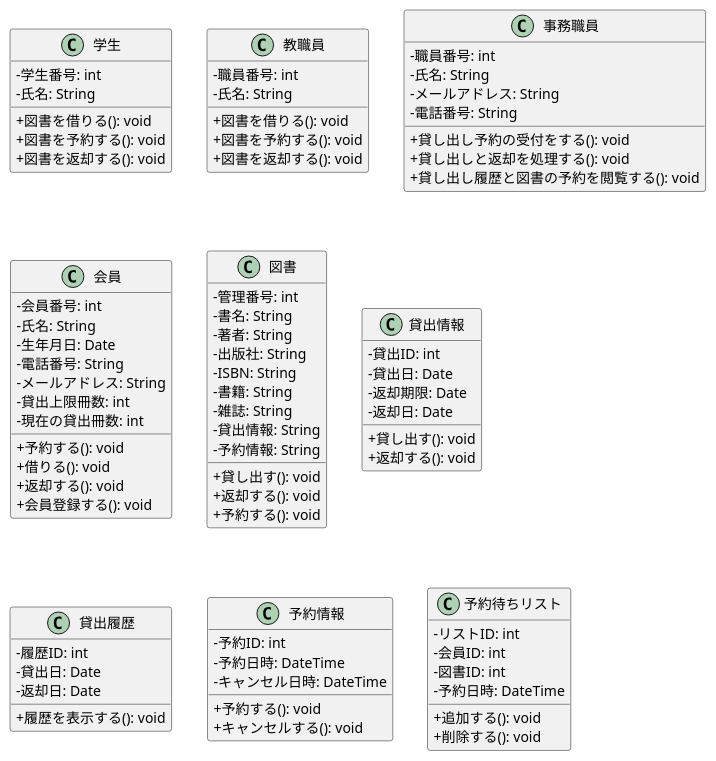
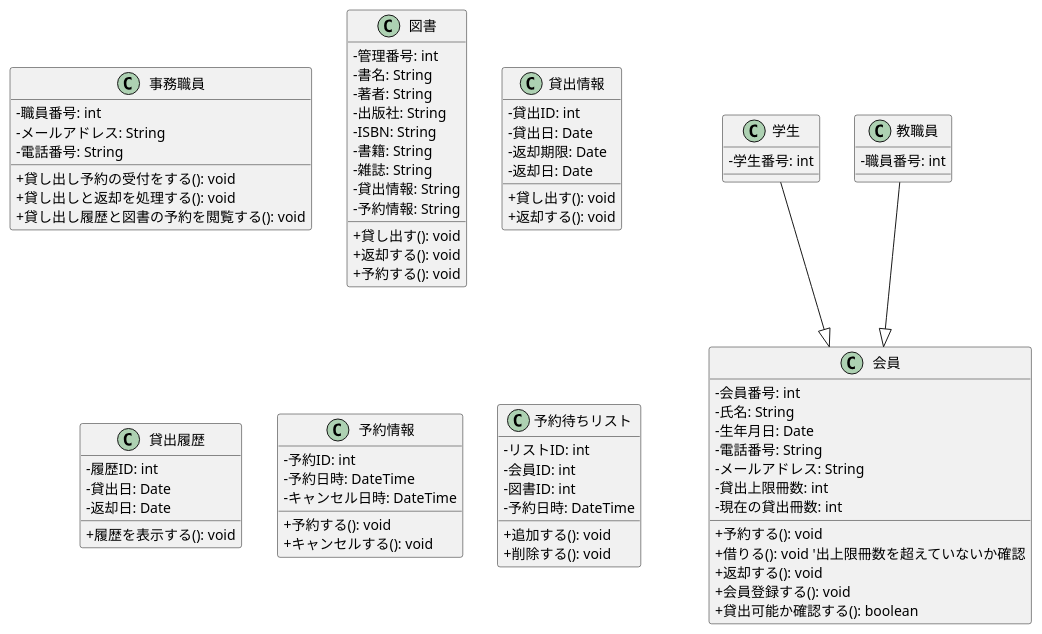
Before and after one commit to mameiku/group3-4-No.2: the diagram in class.pu, drawn with PlantUML.

Commit message:
更新

```diff
--- a/class.pu
+++ b/class.pu
@@ -1,107 +1,100 @@
 @startuml 大原情報科学大学・図書館システムクラス図
 skinparam handwritten false
 skinparam classAttributeIconSize 0
 
 ' ====================================================================
 ' 1. クラス定義 (Core Entities)
 ' ====================================================================
-
-class 学生 {
-- 学生番号: int
-- 氏名: String
-
-+ 図書を借りる(): void
-+ 図書を予約する(): void
-+ 図書を返却する(): void
-}
-
-class 教職員 {
-- 職員番号: int
-- 氏名: String
-
-+ 図書を借りる(): void
-+ 図書を予約する(): void
-+ 図書を返却する(): void
-}
-
-class 事務職員 {
--職員番号: int
--氏名: String
--メールアドレス: String
--電話番号: String
-    
-+貸し出し予約の受付をする(): void
-+貸し出しと返却を処理する(): void
-+貸し出し履歴と図書の予約を閲覧する(): void
-}
 
 class 会員 {
  -会員番号: int
  -氏名: String
  -生年月日: Date
  -電話番号: String
  -メールアドレス: String
  -貸出上限冊数: int
  -現在の貸出冊数: int
 
  +予約する(): void
- +借りる(): void
+ +借りる(): void '出上限冊数を超えていないか確認
  +返却する(): void
  +会員登録する(): void
+ +貸出可能か確認する(): boolean
+}
 
+
+class 学生 {
+- 学生番号: int
 }
+学生 --|> 会員
+
+class 教職員 {
+- 職員番号: int
+}
+教職員 --|> 会員
+
+class 事務職員 {
+-職員番号: int
+-メールアドレス: String
+-電話番号: String
+    
++貸し出し予約の受付をする(): void
++貸し出しと返却を処理する(): void
++貸し出し履歴と図書の予約を閲覧する(): void
+}
+
 
 class 図書 {
  -管理番号: int
  -書名: String
  -著者: String
  -出版社: String
  -ISBN: String
  -書籍: String
  -雑誌: String
  -貸出情報: String
  -予約情報: String
 
  +貸し出す(): void
  +返却する(): void
  +予約する(): void
 }
 
 class 貸出情報 {
  -貸出ID: int
  -貸出日: Date
  -返却期限: Date
  -返却日: Date
 
  +貸し出す(): void
  +返却する(): void
 }
 
 class 貸出履歴 {
  -履歴ID: int
  -貸出日: Date
  -返却日: Date
 
  +履歴を表示する(): void
 }
 
 class 予約情報 {
  -予約ID: int
  -予約日時: DateTime
  -キャンセル日時: DateTime
 
  +予約する(): void
  +キャンセルする(): void
 }
 
 class 予約待ちリスト {
  -リストID: int
  -会員ID: int
  -図書ID: int
  -予約日時: DateTime
 
  +追加する(): void
  +削除する(): void
 }
 
 @enduml
```
